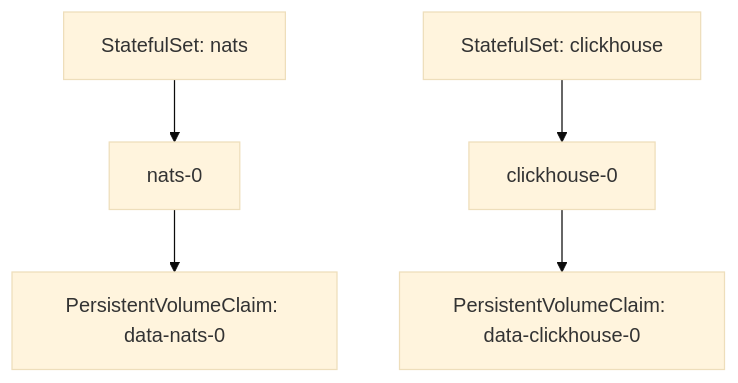
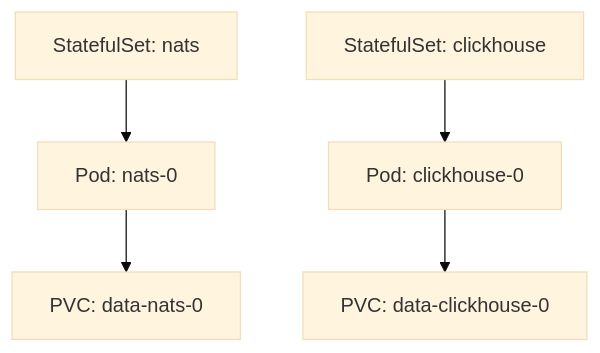
Before and after one commit to Jstarzz/geotagger: the fifth of 14 diagrams in docs/KUBERNETES.md, drawn with Mermaid (base theme). The commit also changed other lines of this file, not shown here.

Commit message:
docs: fix Mermaid and tighten Kubernetes guide

````diff
--- a/docs/KUBERNETES.md
+++ b/docs/KUBERNETES.md
@@ -191,8 +111,7 @@
 ```mermaid
 flowchart TB
-    NSET[StatefulSet: nats] --> NPOD[nats-0]
-    NPOD --> NPVC[PersistentVolumeClaim: data-nats-0]
-
-    CSET[StatefulSet: clickhouse] --> CPOD[clickhouse-0]
-    CPOD --> CPVC[PersistentVolumeClaim: data-clickhouse-0]
+    NSET["StatefulSet: nats"] --> NPOD["Pod: nats-0"]
+    NPOD --> NPVC["PVC: data-nats-0"]
+    CSET["StatefulSet: clickhouse"] --> CPOD["Pod: clickhouse-0"]
+    CPOD --> CPVC["PVC: data-clickhouse-0"]
 ```
````
